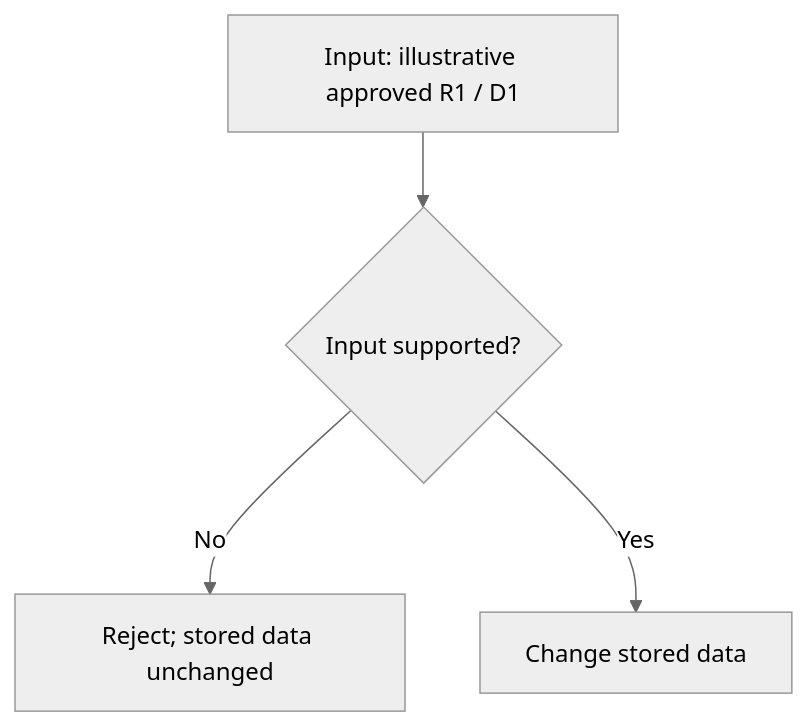
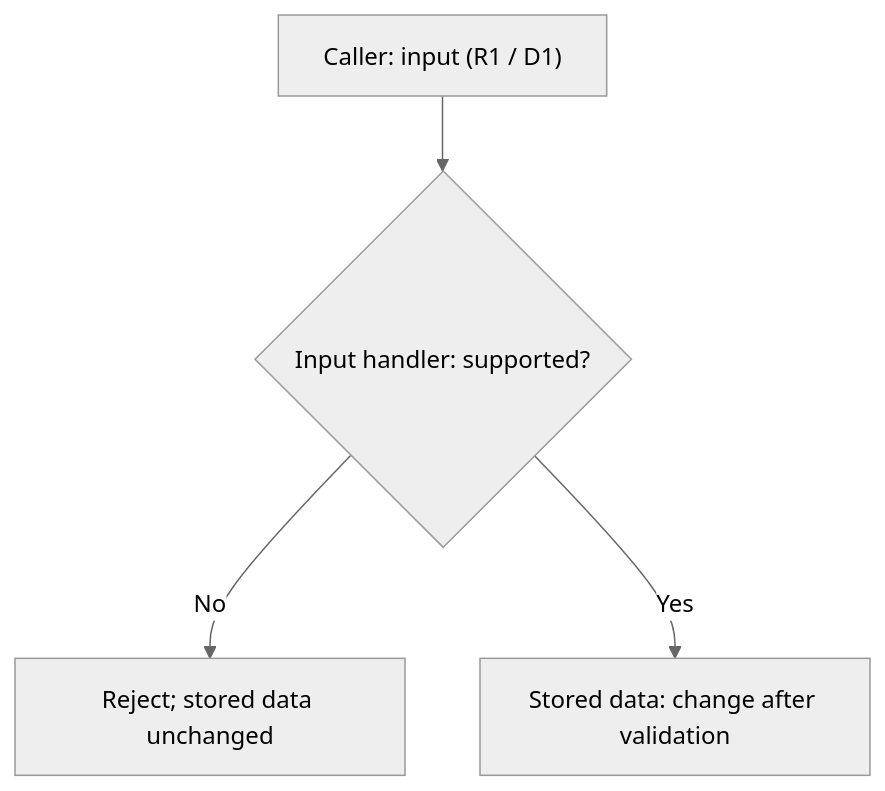
Before and after one commit to LWH4Data/software-factory: the first of 2 diagrams in software-factory/skills/software-factory/references/operating-examples.md, drawn with Mermaid (neutral theme). The commit also changed other lines of this file and 5 other files, not shown here.

Commit message:
Release 0.1.6: paired diagrams and concise instructions

````diff
--- a/software-factory/skills/software-factory/references/operating-examples.md
+++ b/software-factory/skills/software-factory/references/operating-examples.md
@@ -38,6 +27,6 @@
 ```mermaid
 flowchart TD
-    Input["Input: illustrative approved R1 / D1"] --> Validate{"Input supported?"}
-    Validate -->|No| Reject["Reject; stored data unchanged"]
-    Validate -->|Yes| Mutate["Change stored data"]
+    Caller["Caller: input (R1 / D1)"] --> Handler{"Input handler: supported?"}
+    Handler -->|No| Reject["Reject; stored data unchanged"]
+    Handler -->|Yes| Store["Stored data: change after validation"]
 ```
````
